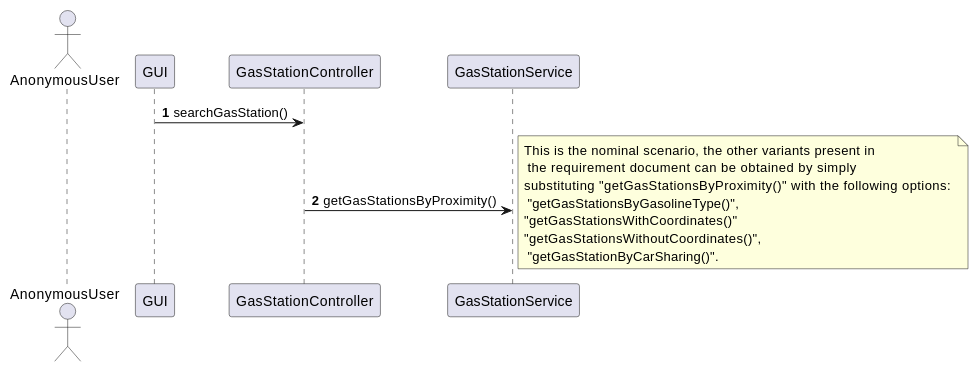
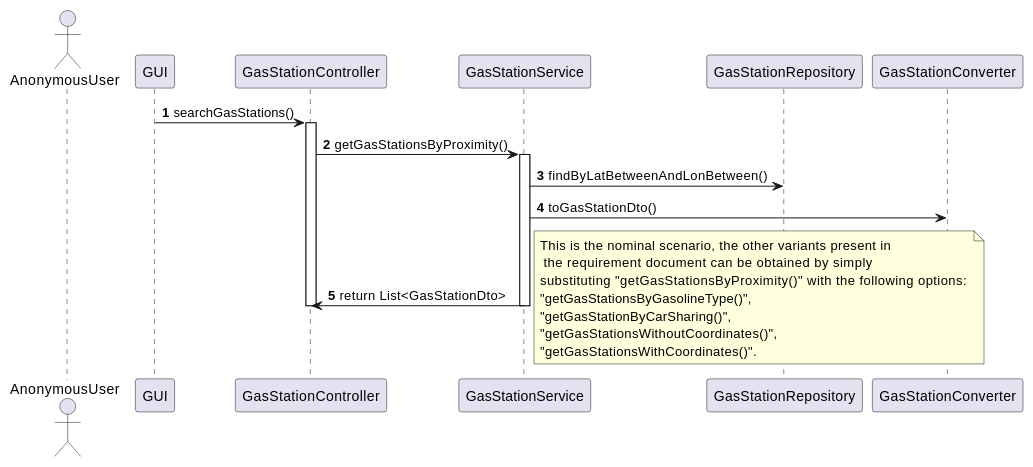
One commit to s269731/Ezgas-SE1 changed the eighth of 10 diagrams in docs/DesignDocument.md. Above: the diagram before and after it, drawn with PlantUML. The commit also changed other lines of this file and 1 other file, not shown here.

Commit message:
docs: fix in DesignDocument.md of verification sequence diagram, add some methods in repository interface and converter class

````diff
--- a/docs/DesignDocument.md
+++ b/docs/DesignDocument.md
@@ -560,13 +617,19 @@
 ```plantuml
 
 @startuml
 autonumber
 actor AnonymousUser
-
-GUI -> GasStationController: searchGasStation()
-GasStationController -> GasStationService:getGasStationsByProximity()
-note right: This is the nominal scenario, the other variants present in\n the requirement document can be obtained by simply \nsubstituting "getGasStationsByProximity()" with the following options: \n "getGasStationsByGasolineType()", \n"getGasStationsWithCoordinates()" \n"getGasStationsWithoutCoordinates()",\n "getGasStationByCarSharing()".
+GUI -> GasStationController: searchGasStations()
+activate GasStationController
+GasStationController -> GasStationService: getGasStationsByProximity()
+activate GasStationService
+GasStationService -> GasStationRepository: findByLatBetweenAndLonBetween()
+GasStationService -> GasStationConverter: toGasStationDto()
+GasStationService -> GasStationController: return List<GasStationDto>
+deactivate GasStationService
+deactivate GasStationController
+note right: This is the nominal scenario, the other variants present in\n the requirement document can be obtained by simply \nsubstituting "getGasStationsByProximity()" with the following options: \n"getGasStationsByGasolineType()", \n"getGasStationByCarSharing()",\n"getGasStationsWithoutCoordinates()",\n"getGasStationsWithCoordinates()".
 
 @enduml
 
 ```
````
